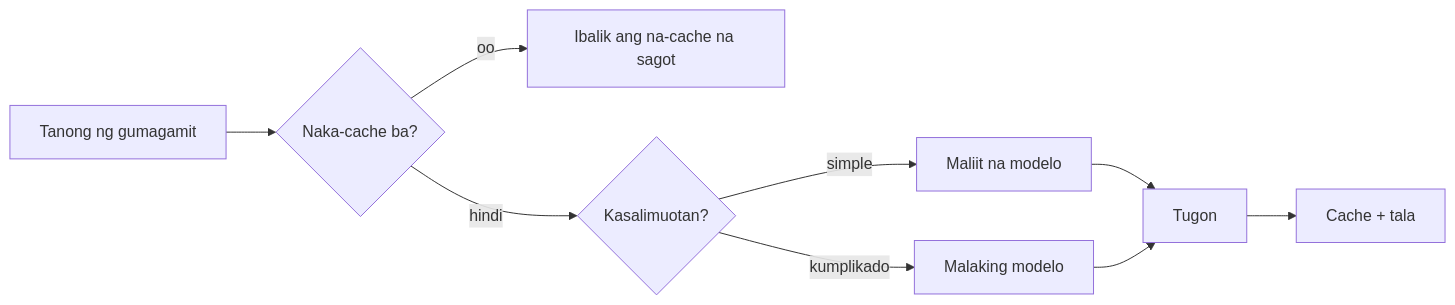
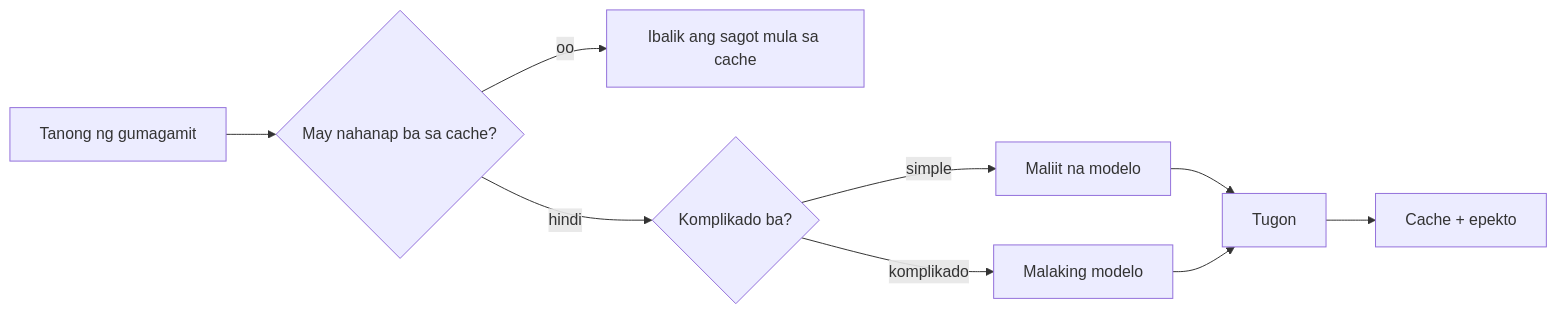
One commit to gabrielmoreira/agent-skills-mirror changed the third of 4 diagrams in mirrors/repos/microsoft@ai-agents-for-beginners/translations/tl/16-deploying-scalable-agents/README.md. Above: the diagram before and after it, drawn with Mermaid. The commit also changed other lines of this file and 4262 other files, not shown here.

````diff
--- a/mirrors/repos/microsoft@ai-agents-for-beginners/translations/tl/16-deploying-scalable-agents/README.md
+++ b/mirrors/repos/microsoft@ai-agents-for-beginners/translations/tl/16-deploying-scalable-agents/README.md
@@ -134,11 +134,11 @@
 ```mermaid
 flowchart LR
-    Q[Tanong ng gumagamit] --> C{Naka-cache ba?}
-    C -->|oo| R[Ibalik ang na-cache na sagot]
-    C -->|hindi| Router{Kasalimuotan?}
+    Q[Tanong ng gumagamit] --> C{May nahanap ba sa cache?}
+    C -->|oo| R[Ibalik ang sagot mula sa cache]
+    C -->|hindi| Router{Komplikado ba?}
     Router -->|simple| SLM[Maliit na modelo]
-    Router -->|kumplikado| LLM[Malaking modelo]
+    Router -->|komplikado| LLM[Malaking modelo]
     SLM --> Out[Tugon]
     LLM --> Out
-    Out --> Store[Cache + tala]
+    Out --> Store[Cache + epekto]
 ```
````
